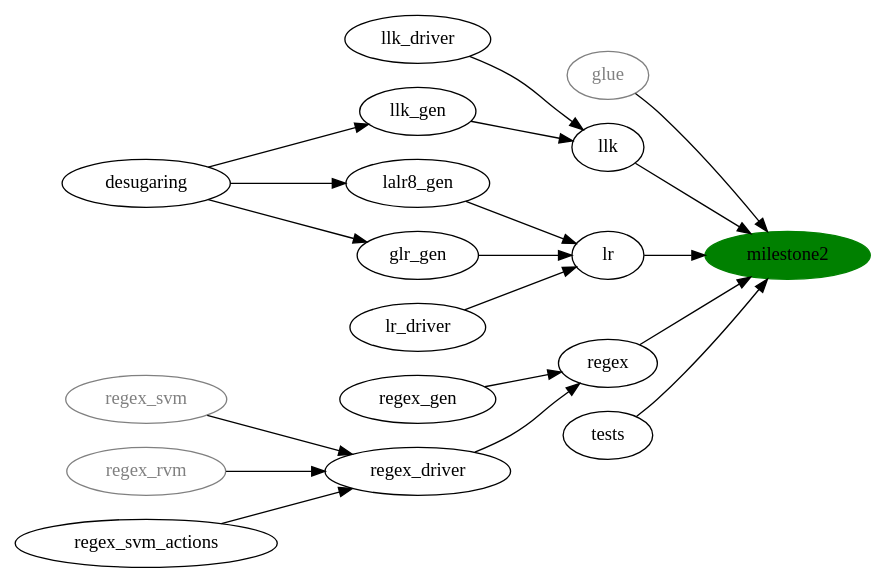
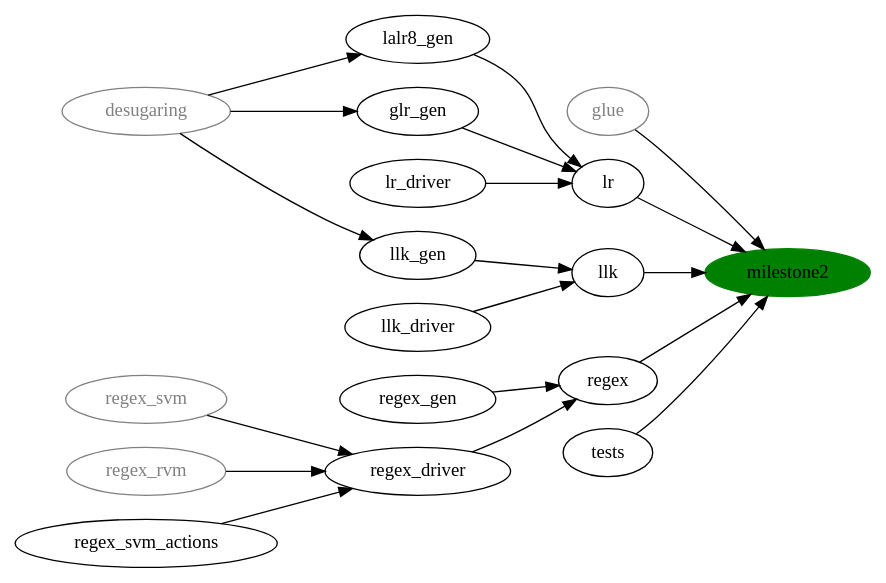
Before and after one commit to abiggerhammer/hammer: the diagram in docs/milestone2.dot, drawn with Graphviz. The commit also changed 38 other files, not shown here.

```diff
--- a/docs/milestone2.dot
+++ b/docs/milestone2.dot
@@ -1,36 +1,36 @@
 digraph {
 	graph [rankdir=LR];
-subgraph complete {
-	 node [color="gray",fontcolor="gray"];
-	 glue;
-	 regex_svm;
-	 regex_rvm;
-}
-/* The end result of the milestone, along with the subtasks listed */
-milestone2 [color="green",style="filled"];
-llk -> milestone2;
-lr -> milestone2;
-lalr8_gen -> lr;
-glr_gen -> lr;
-lr_driver -> lr;
-regex -> milestone2;
-glue -> milestone2; // Meredith knows what glue referred to here.
-tests -> milestone2;
-
-regex_gen -> regex; // partially done
-regex_driver -> regex;
-regex_svm -> regex_driver;
-regex_rvm -> regex_driver;
-regex_svm_actions -> regex_driver;
-llk_driver -> llk;
-llk_gen -> llk;
+	subgraph complete {
+		node [color="gray",fontcolor="gray"];
+		glue;
+		regex_svm;
+		regex_rvm;
+		desugaring; // Needs merged.
+	}
+	/* The end result of the milestone, along with the subtasks listed */
+	milestone2 [color="green",style="filled"];
+	llk -> milestone2;
+	lr -> milestone2;
+	lalr8_gen -> lr; // Generate parse tables for LALR(8)
+	glr_gen -> lr; // Generate parse tables for GLR
+	llk_gen -> llk; // Generate parse tables for LL(k)
+	lr_driver -> lr; // Write driver for all LR-type algs; analagous to SVM and RVM implementations
+	llk_driver -> llk; // Write driver for LL(k)
+	regex -> milestone2;
+	glue -> milestone2;
+	tests -> milestone2;
+	
+	regex_gen -> regex; // should be mostly done; the rest is concurrent with regex_svm_actions
+	regex_driver -> regex;
+	regex_svm -> regex_driver;
+	regex_rvm -> regex_driver;
+	regex_svm_actions -> regex_driver; // 1 for each way that an HParsedToken can be extracted from the stack.
 
 
-/*
- * 
- */
- desugaring -> llk_gen;
- desugaring -> lalr8_gen;
- desugaring -> glr_gen;
- 
+	/*
+	* 
+	*/
+	desugaring -> llk_gen;
+	desugaring -> lalr8_gen;
+	desugaring -> glr_gen;
 }
```
